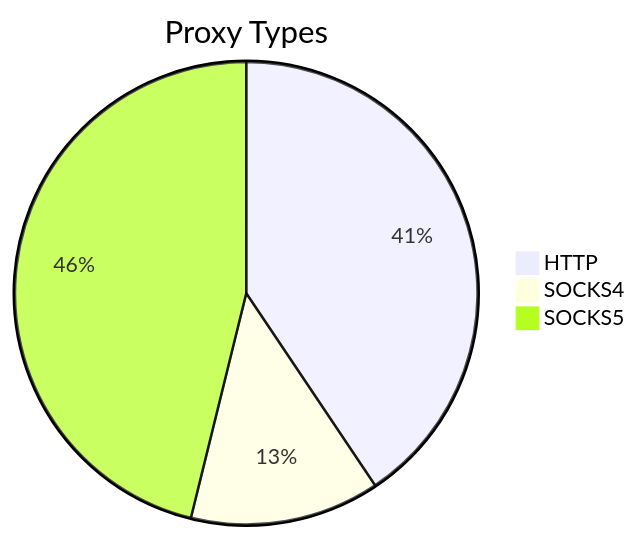
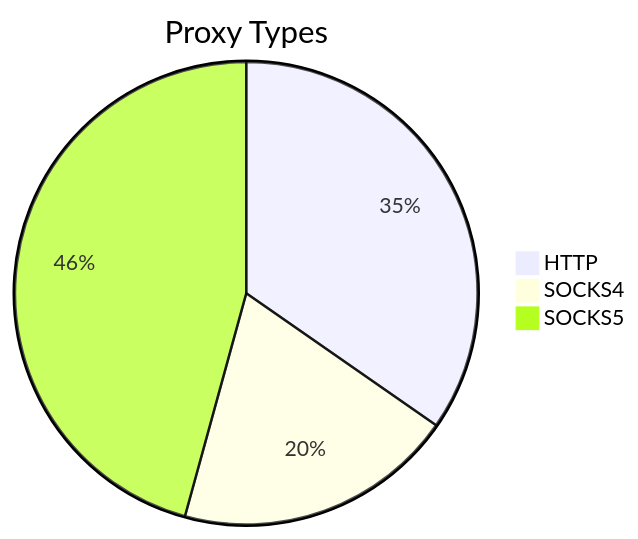
One commit to stormsia/proxy-list changed the first of 2 diagrams in README.md. Above: the diagram before and after it, drawn with Mermaid. The commit also changed other lines of this file, not shown here.

````diff
--- a/README.md
+++ b/README.md
@@ -21,6 +21,6 @@
 ```mermaid
 pie title Proxy Types
-    "HTTP" : 95
-    "SOCKS4" : 31
-    "SOCKS5" : 108
+    "HTTP" : 138
+    "SOCKS4" : 78
+    "SOCKS5" : 182
 ```
````
